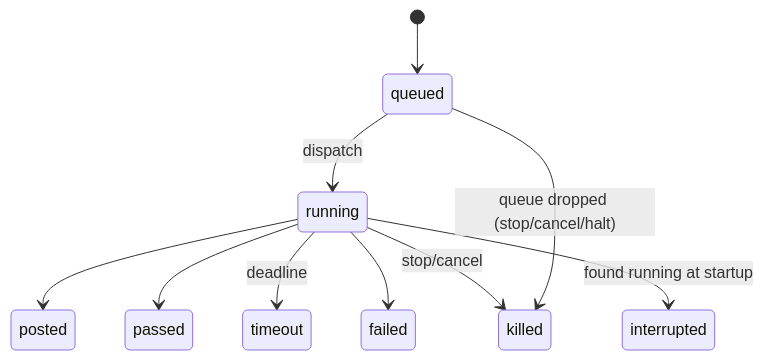
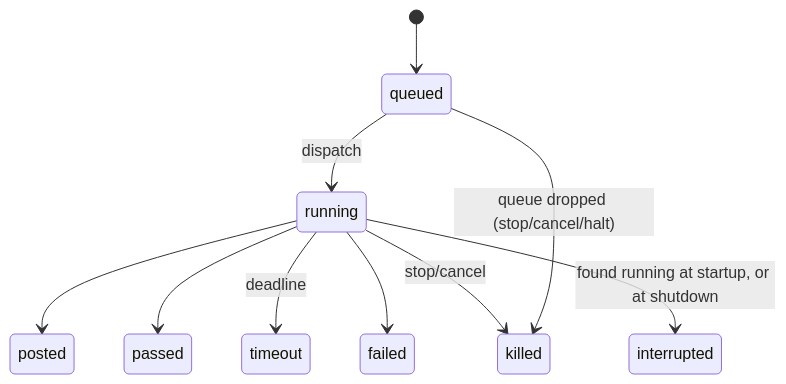
Before and after one commit to dpalfery/buzz-router: the second of 2 diagrams in docs/specs/buzz-router-v1/design.md, drawn with Mermaid. The commit also changed other lines of this file and 8 other files, not shown here.

Commit message:
FIX #7: cancel running wakes on shutdown, wait a bounded grace, kill_on_drop agent spawns

````diff
--- a/docs/specs/buzz-router-v1/design.md
+++ b/docs/specs/buzz-router-v1/design.md
@@ -720,12 +720,12 @@
 ```mermaid
 stateDiagram-v2
   [*] --> queued
   queued --> running: dispatch
   queued --> killed: queue dropped (stop/cancel/halt)
   running --> posted
   running --> passed
   running --> timeout: deadline
   running --> killed: stop/cancel
   running --> failed
-  running --> interrupted: found running at startup
+  running --> interrupted: found running at startup, or at shutdown
 ```
````
